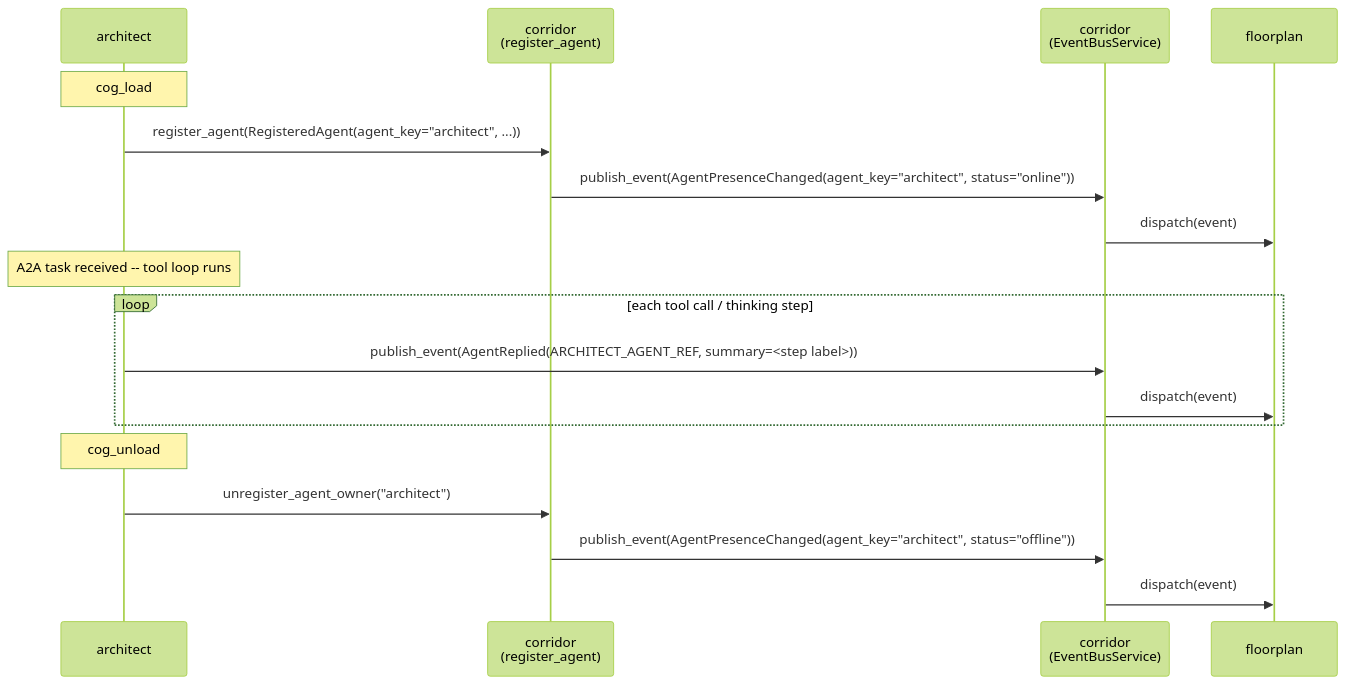
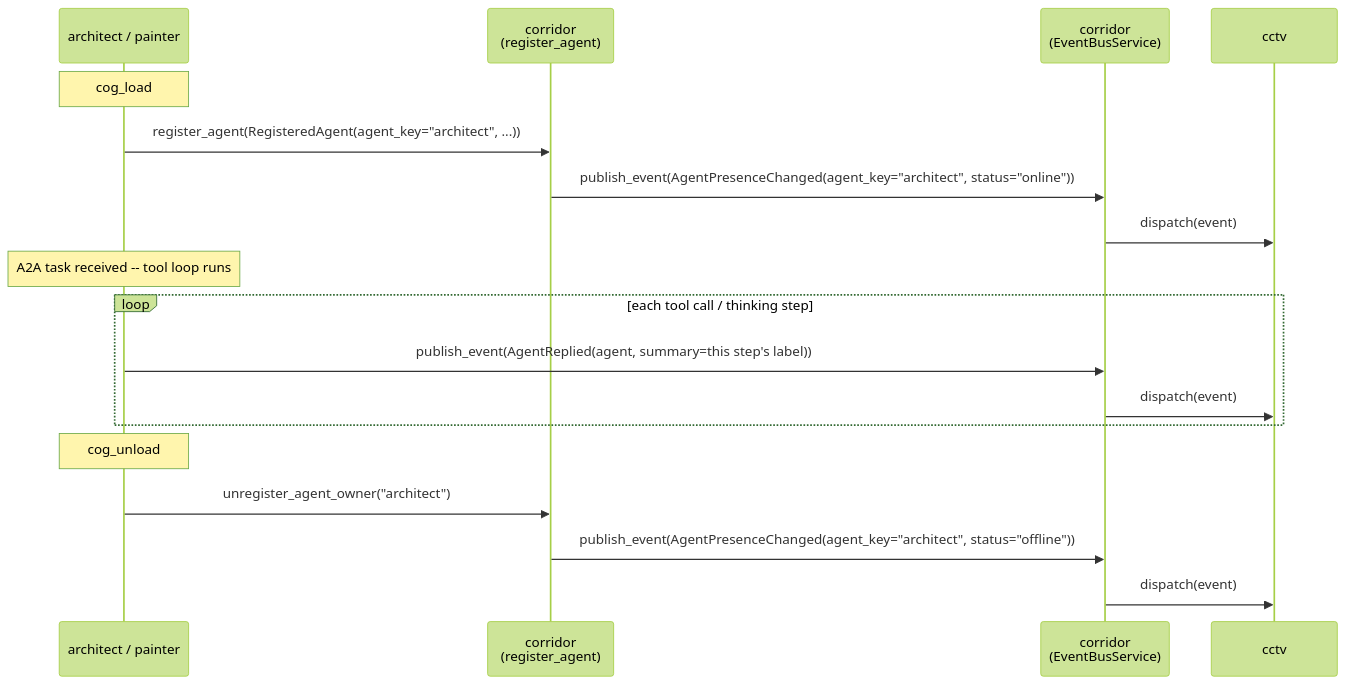
One commit to pixel-agents-hq/pixel-agents-cogs changed the third of 5 diagrams in docs/corridor-pubsub-design.md. Above: the diagram before and after it, drawn with Mermaid (forest theme). The commit also changed other lines of this file and 39 other files, not shown here.

````diff
--- a/docs/corridor-pubsub-design.md
+++ b/docs/corridor-pubsub-design.md
@@ -340,23 +242,23 @@
 ```mermaid
 sequenceDiagram
-    participant Arch as architect
+    participant Agent as architect / painter
     participant Cor as corridor<br/>(register_agent)
     participant C as corridor<br/>(EventBusService)
-    participant FP as floorplan
+    participant Sub as cctv
 
-    Note over Arch: cog_load
-    Arch->>Cor: register_agent(RegisteredAgent(agent_key="architect", ...))
+    Note over Agent: cog_load
+    Agent->>Cor: register_agent(RegisteredAgent(agent_key="architect", ...))
     Cor->>C: publish_event(AgentPresenceChanged(agent_key="architect", status="online"))
-    C->>FP: dispatch(event)
+    C->>Sub: dispatch(event)
 
-    Note over Arch: A2A task received -- tool loop runs
+    Note over Agent: A2A task received -- tool loop runs
     loop each tool call / thinking step
-        Arch->>C: publish_event(AgentReplied(ARCHITECT_AGENT_REF, summary=<step label>))
-        C->>FP: dispatch(event)
+        Agent->>C: publish_event(AgentReplied(agent, summary=this step's label))
+        C->>Sub: dispatch(event)
     end
 
-    Note over Arch: cog_unload
-    Arch->>Cor: unregister_agent_owner("architect")
+    Note over Agent: cog_unload
+    Agent->>Cor: unregister_agent_owner("architect")
     Cor->>C: publish_event(AgentPresenceChanged(agent_key="architect", status="offline"))
-    C->>FP: dispatch(event)
+    C->>Sub: dispatch(event)
 ```
````
